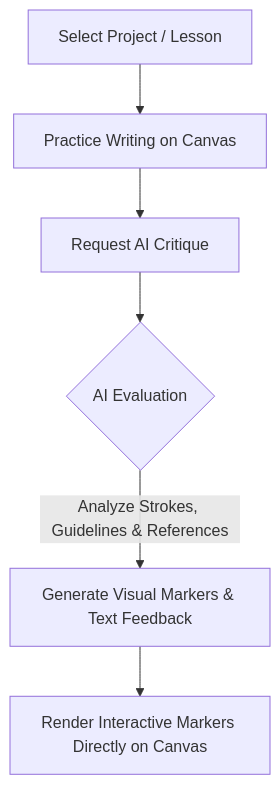
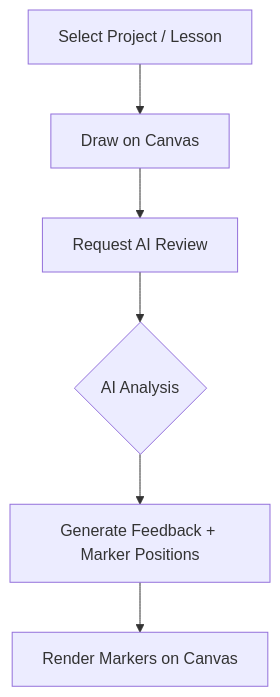
The diagram in README.md (Snansidansi/CanvasCritique), drawn with Mermaid before and after one commit. The commit also changed other lines of this file, not shown here.

````diff
--- a/README.md
+++ b/README.md
@@ -47,8 +67,8 @@
 ```mermaid
 graph TD
-    A[Select Project / Lesson] --> B[Practice Writing on Canvas]
-    B --> C[Request AI Critique]
-    C --> D{AI Evaluation}
-    D -->|Analyze Strokes, Guidelines & References| E[Generate Visual Markers & Text Feedback]
-    E --> F[Render Interactive Markers Directly on Canvas]
+    A[Select Project / Lesson] --> B[Draw on Canvas]
+    B --> C[Request AI Review]
+    C --> D{AI Analysis}
+    D --> E[Generate Feedback + Marker Positions]
+    E --> F[Render Markers on Canvas]
 ```
````
